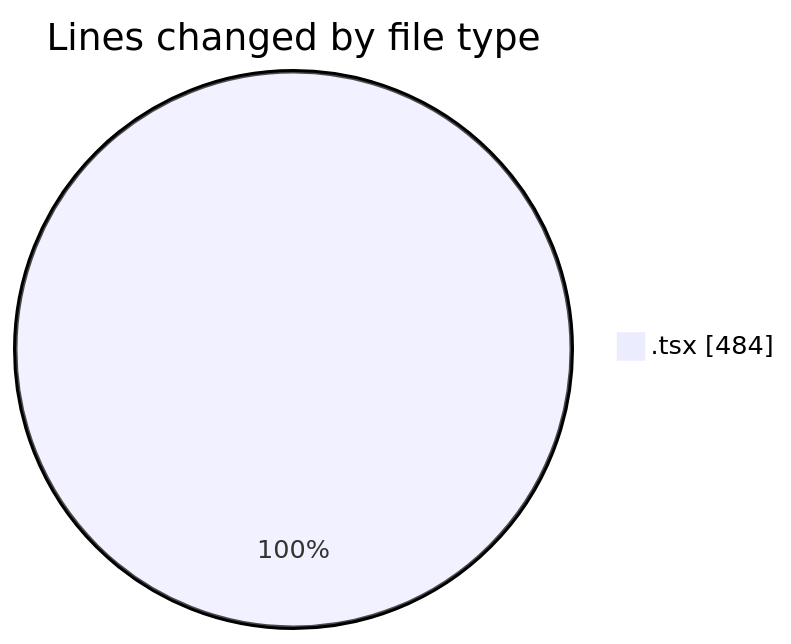
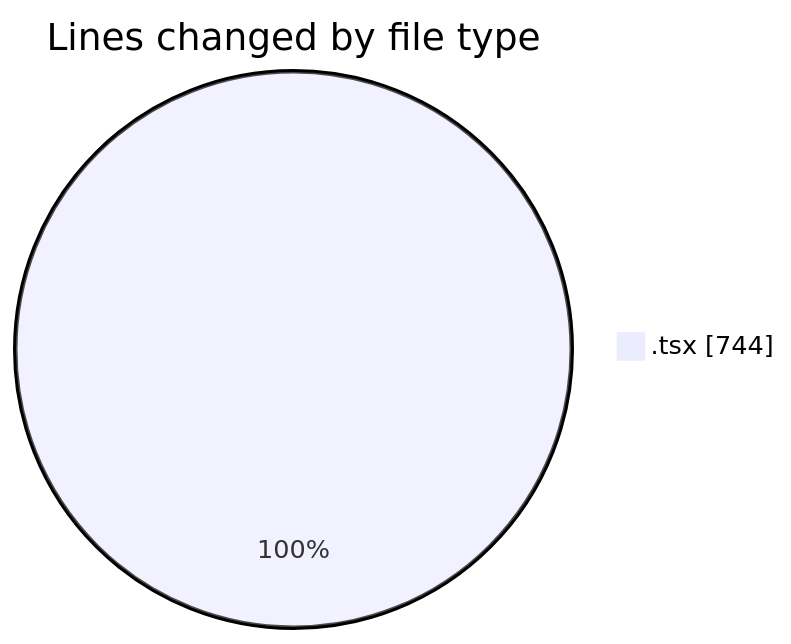
Before and after one commit to NitaiMahat/code-tracking: the first of 2 diagrams in 2025-08-07/pif/README.md, drawn with Mermaid. The commit also changed other lines of this file and 1 other file, not shown here.

````diff
--- a/2025-08-07/pif/README.md
+++ b/2025-08-07/pif/README.md
@@ -20,5 +21,5 @@
 ```mermaid
 pie showData
 title Lines changed by file type
-".tsx" : 484
+".tsx" : 744
 ```
````
